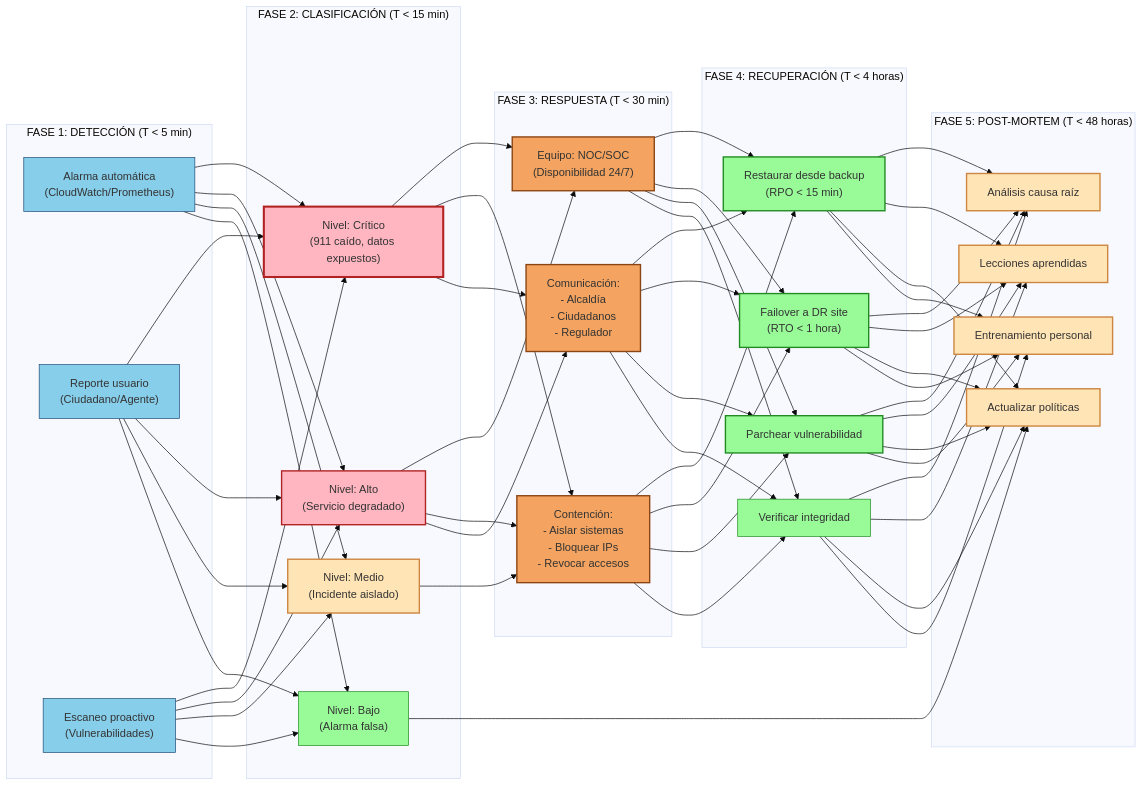
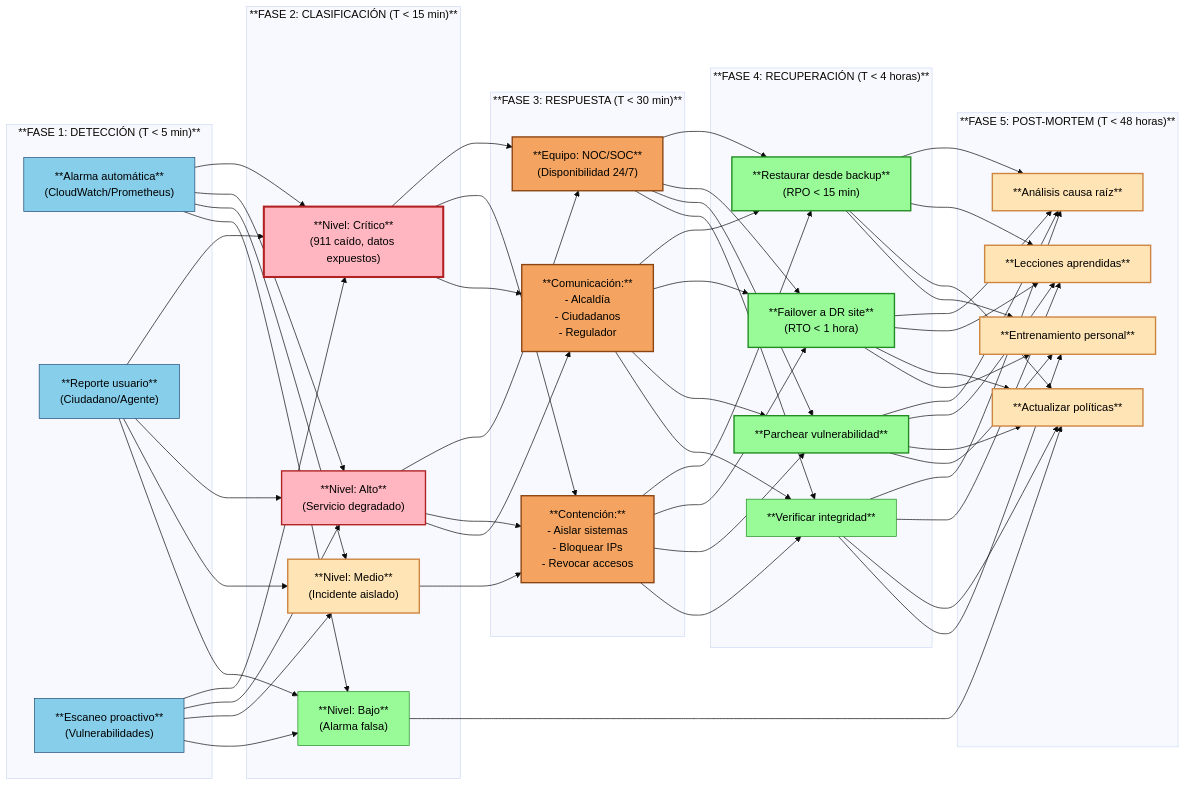
One commit to David15150/aca-telecomunicaciones changed the diagram in Protocolo de Respuesta ante Incidentes.mermaid. Above: the diagram before and after it, drawn with Mermaid (base theme).

```diff
--- a/Protocolo de Respuesta ante Incidentes.mermaid
+++ b/Protocolo de Respuesta ante Incidentes.mermaid
@@ -1,64 +1,64 @@
 graph LR
-    subgraph "FASE 1: DETECCIÓN (T < 5 min)"
-        A1["Alarma automática<br/>(CloudWatch/Prometheus)"]
-        A2["Reporte usuario<br/>(Ciudadano/Agente)"]
-        A3["Escaneo proactivo<br/>(Vulnerabilidades)"]
+    subgraph "**FASE 1: DETECCIÓN (T < 5 min)**"
+        A1["**Alarma automática**<br/>(CloudWatch/Prometheus)"]
+        A2["**Reporte usuario**<br/>(Ciudadano/Agente)"]
+        A3["**Escaneo proactivo**<br/>(Vulnerabilidades)"]
     end
 
-    subgraph "FASE 2: CLASIFICACIÓN (T < 15 min)"
-        B1["Nivel: Crítico<br/>(911 caído, datos expuestos)"]
-        B2["Nivel: Alto<br/>(Servicio degradado)"]
-        B3["Nivel: Medio<br/>(Incidente aislado)"]
-        B4["Nivel: Bajo<br/>(Alarma falsa)"]
+    subgraph "**FASE 2: CLASIFICACIÓN (T < 15 min)**"
+        B1["**Nivel: Crítico**<br/>(911 caído, datos expuestos)"]
+        B2["**Nivel: Alto**<br/>(Servicio degradado)"]
+        B3["**Nivel: Medio**<br/>(Incidente aislado)"]
+        B4["**Nivel: Bajo**<br/>(Alarma falsa)"]
     end
 
-    subgraph "FASE 3: RESPUESTA (T < 30 min)"
-        C1["Equipo: NOC/SOC<br/>(Disponibilidad 24/7)"]
-        C2["Contención:<br/>- Aislar sistemas<br/>- Bloquear IPs<br/>- Revocar accesos"]
-        C3["Comunicación:<br/>- Alcaldía<br/>- Ciudadanos<br/>- Regulador"]
+    subgraph "**FASE 3: RESPUESTA (T < 30 min)**"
+        C1["**Equipo: NOC/SOC**<br/>(Disponibilidad 24/7)"]
+        C2["**Contención:**<br/>- Aislar sistemas<br/>- Bloquear IPs<br/>- Revocar accesos"]
+        C3["**Comunicación:**<br/>- Alcaldía<br/>- Ciudadanos<br/>- Regulador"]
     end
 
-    subgraph "FASE 4: RECUPERACIÓN (T < 4 horas)"
-        D1["Restaurar desde backup<br/>(RPO < 15 min)"]
-        D2["Failover a DR site<br/>(RTO < 1 hora)"]
-        D3["Parchear vulnerabilidad"]
-        D4["Verificar integridad"]
+    subgraph "**FASE 4: RECUPERACIÓN (T < 4 horas)**"
+        D1["**Restaurar desde backup**<br/>(RPO < 15 min)"]
+        D2["**Failover a DR site**<br/>(RTO < 1 hora)"]
+        D3["**Parchear vulnerabilidad**"]
+        D4["**Verificar integridad**"]
     end
 
-    subgraph "FASE 5: POST-MORTEM (T < 48 horas)"
-        E1["Análisis causa raíz"]
-        E2["Lecciones aprendidas"]
-        E3["Actualizar políticas"]
-        E4["Entrenamiento personal"]
+    subgraph "**FASE 5: POST-MORTEM (T < 48 horas)**"
+        E1["**Análisis causa raíz**"]
+        E2["**Lecciones aprendidas**"]
+        E3["**Actualizar políticas**"]
+        E4["**Entrenamiento personal**"]
     end
 
     A1 & A2 & A3 --> B1 & B2 & B3 & B4
     B1 & B2 --> C1 & C2 & C3
     B3 --> C2
     B4 --> E3
     
     C1 & C2 & C3 --> D1 & D2 & D3 & D4
     D1 & D2 & D3 & D4 --> E1 & E2 & E3 & E4
     
-    style A1 fill:#87CEEB,stroke:#1E4A76,stroke-width:1px
-    style A2 fill:#87CEEB,stroke:#1E4A76,stroke-width:1px
-    style A3 fill:#87CEEB,stroke:#1E4A76,stroke-width:1px
+    style A1 fill:#87CEEB,stroke:#1E4A76,stroke-width:1px,color:#000000
+    style A2 fill:#87CEEB,stroke:#1E4A76,stroke-width:1px,color:#000000
+    style A3 fill:#87CEEB,stroke:#1E4A76,stroke-width:1px,color:#000000
     
-    style B1 fill:#FFB6C1,stroke:#B22222,stroke-width:3px
-    style B2 fill:#FFB6C1,stroke:#B22222,stroke-width:2px
-    style B3 fill:#FFE4B5,stroke:#CD853F,stroke-width:2px
-    style B4 fill:#98FB98,stroke:#228B22,stroke-width:1px
+    style B1 fill:#FFB6C1,stroke:#B22222,stroke-width:3px,color:#000000
+    style B2 fill:#FFB6C1,stroke:#B22222,stroke-width:2px,color:#000000
+    style B3 fill:#FFE4B5,stroke:#CD853F,stroke-width:2px,color:#000000
+    style B4 fill:#98FB98,stroke:#228B22,stroke-width:1px,color:#000000
     
-    style C1 fill:#F4A460,stroke:#8B4513,stroke-width:2px
-    style C2 fill:#F4A460,stroke:#8B4513,stroke-width:2px
-    style C3 fill:#F4A460,stroke:#8B4513,stroke-width:2px
+    style C1 fill:#F4A460,stroke:#8B4513,stroke-width:2px,color:#000000
+    style C2 fill:#F4A460,stroke:#8B4513,stroke-width:2px,color:#000000
+    style C3 fill:#F4A460,stroke:#8B4513,stroke-width:2px,color:#000000
     
-    style D1 fill:#98FB98,stroke:#228B22,stroke-width:2px
-    style D2 fill:#98FB98,stroke:#228B22,stroke-width:2px
-    style D3 fill:#98FB98,stroke:#228B22,stroke-width:2px
-    style D4 fill:#98FB98,stroke:#228B22,stroke-width:1px
+    style D1 fill:#98FB98,stroke:#228B22,stroke-width:2px,color:#000000
+    style D2 fill:#98FB98,stroke:#228B22,stroke-width:2px,color:#000000
+    style D3 fill:#98FB98,stroke:#228B22,stroke-width:2px,color:#000000
+    style D4 fill:#98FB98,stroke:#228B22,stroke-width:1px,color:#000000
     
-    style E1 fill:#FFE4B5,stroke:#CD853F,stroke-width:2px
-    style E2 fill:#FFE4B5,stroke:#CD853F,stroke-width:2px
-    style E3 fill:#FFE4B5,stroke:#CD853F,stroke-width:2px
-    style E4 fill:#FFE4B5,stroke:#CD853F,stroke-width:2px
+    style E1 fill:#FFE4B5,stroke:#CD853F,stroke-width:2px,color:#000000
+    style E2 fill:#FFE4B5,stroke:#CD853F,stroke-width:2px,color:#000000
+    style E3 fill:#FFE4B5,stroke:#CD853F,stroke-width:2px,color:#000000
+    style E4 fill:#FFE4B5,stroke:#CD853F,stroke-width:2px,color:#000000
```
